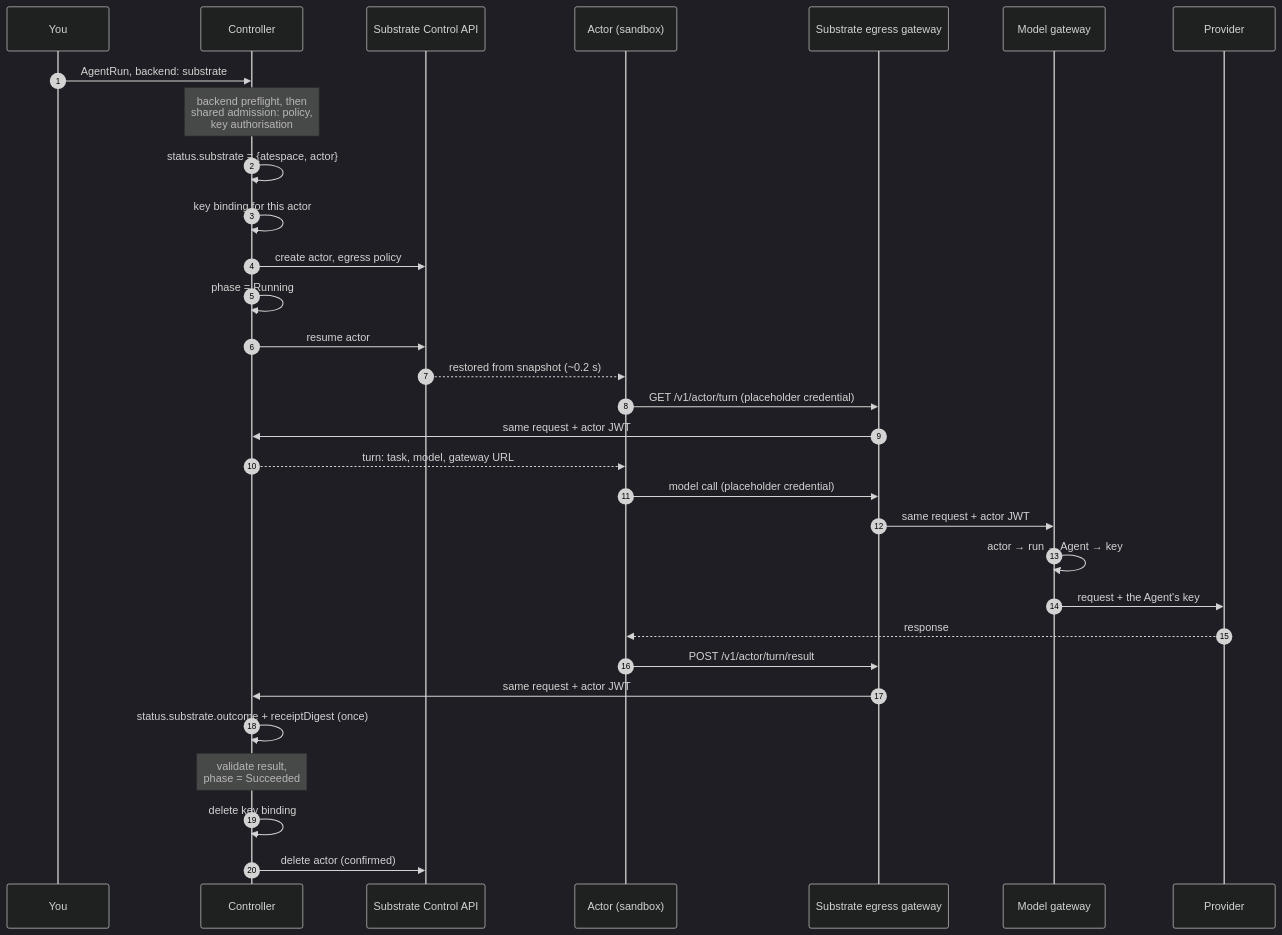
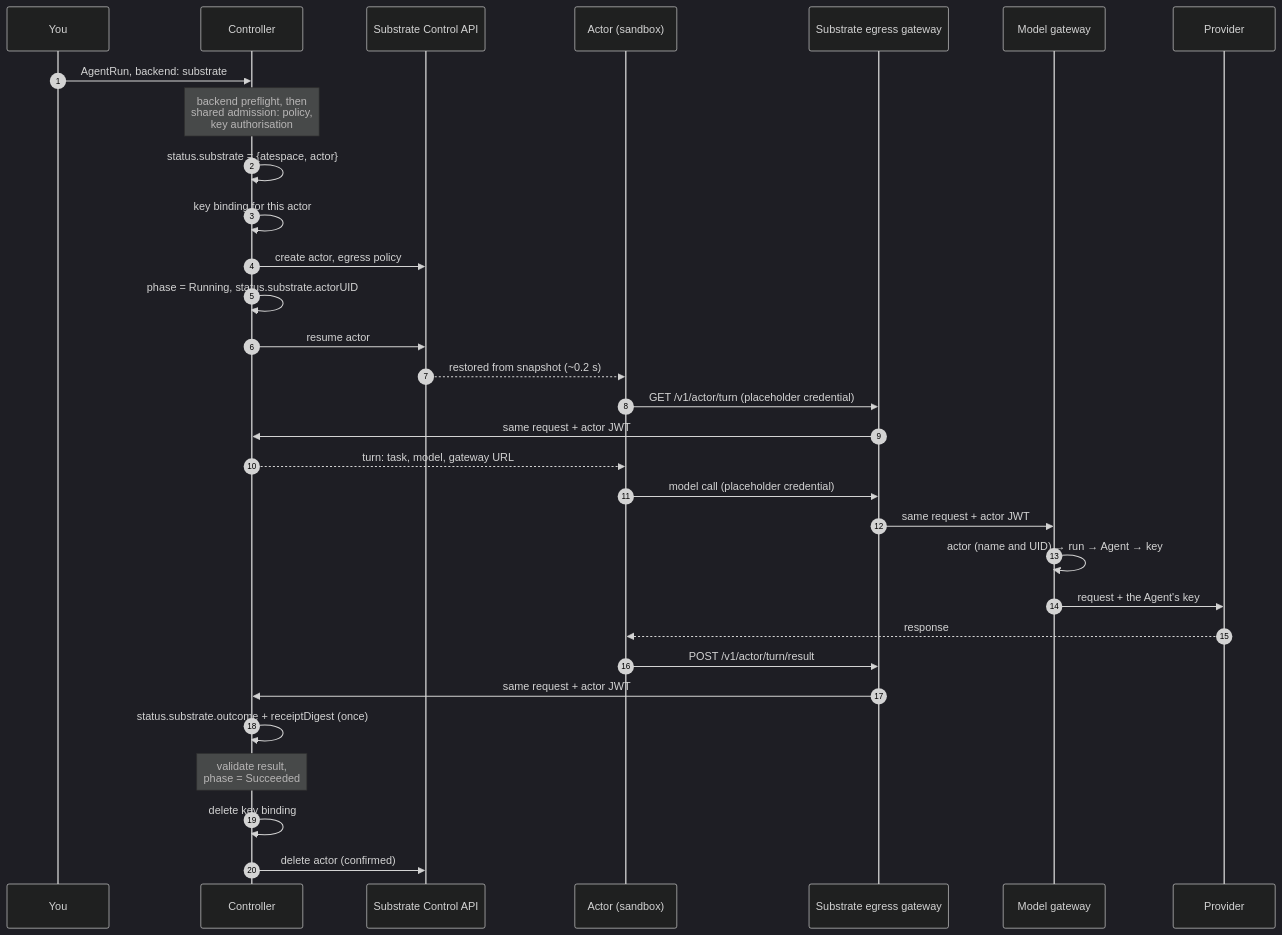
One commit to sympozium-ai/sympozium changed the first of 3 diagrams in docs/design/substrate-backend.md. Above: the diagram before and after it, drawn with Mermaid (dark theme). The commit also changed other lines of this file and 16 other files, not shown here.

First line of the commit message:
fix(substrate): hold actors to their recorded UID; require an enforcing CNI for the clear-text hop

````diff
--- a/docs/design/substrate-backend.md
+++ b/docs/design/substrate-backend.md
@@ -68,34 +68,34 @@
 ```mermaid
 sequenceDiagram
     autonumber
     participant U as You
     participant C as Controller
     participant S as Substrate Control API
     participant A as Actor (sandbox)
     participant E as Substrate egress gateway
     participant G as Model gateway
     participant P as Provider
 
     U->>C: AgentRun, backend: substrate
     Note over C: backend preflight, then<br/>shared admission: policy,<br/>key authorisation
     C->>C: status.substrate = {atespace, actor}
     C->>C: key binding for this actor
     C->>S: create actor, egress policy
-    C->>C: phase = Running
+    C->>C: phase = Running, status.substrate.actorUID
     C->>S: resume actor
     S-->>A: restored from snapshot (~0.2 s)
     A->>E: GET /v1/actor/turn (placeholder credential)
     E->>C: same request + actor JWT
     C-->>A: turn: task, model, gateway URL
     A->>E: model call (placeholder credential)
     E->>G: same request + actor JWT
-    G->>G: actor → run → Agent → key
+    G->>G: actor (name and UID) → run → Agent → key
     G->>P: request + the Agent's key
     P-->>A: response
     A->>E: POST /v1/actor/turn/result
     E->>C: same request + actor JWT
     C->>C: status.substrate.outcome + receiptDigest (once)
     Note over C: validate result,<br/>phase = Succeeded
     C->>C: delete key binding
     C->>S: delete actor (confirmed)
 ```
````
